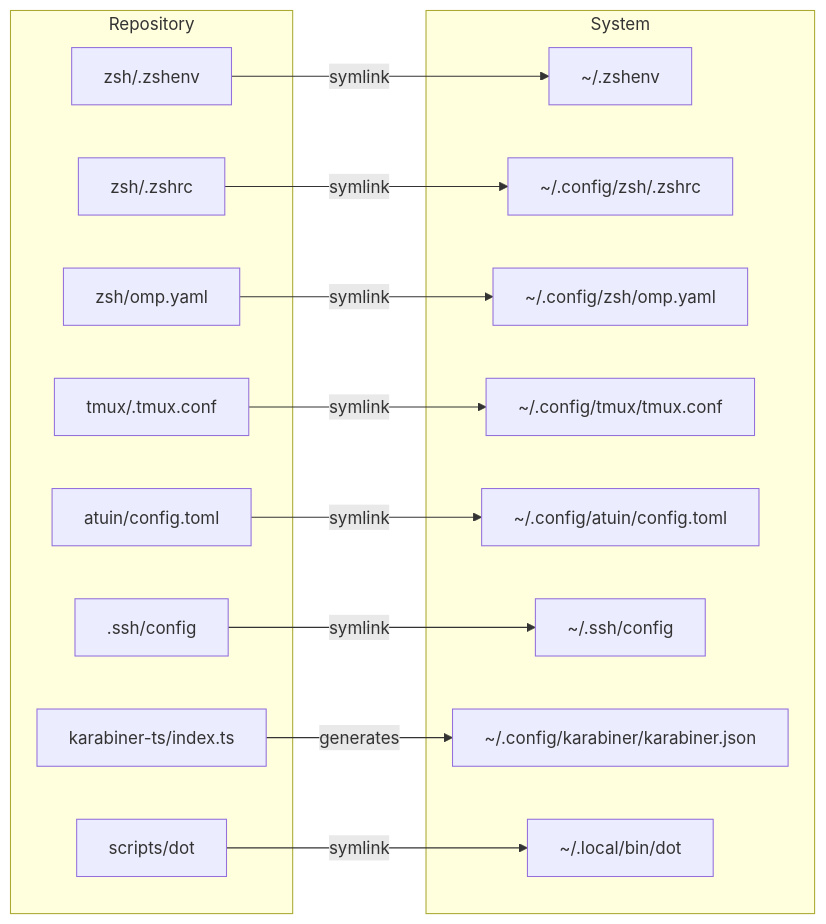
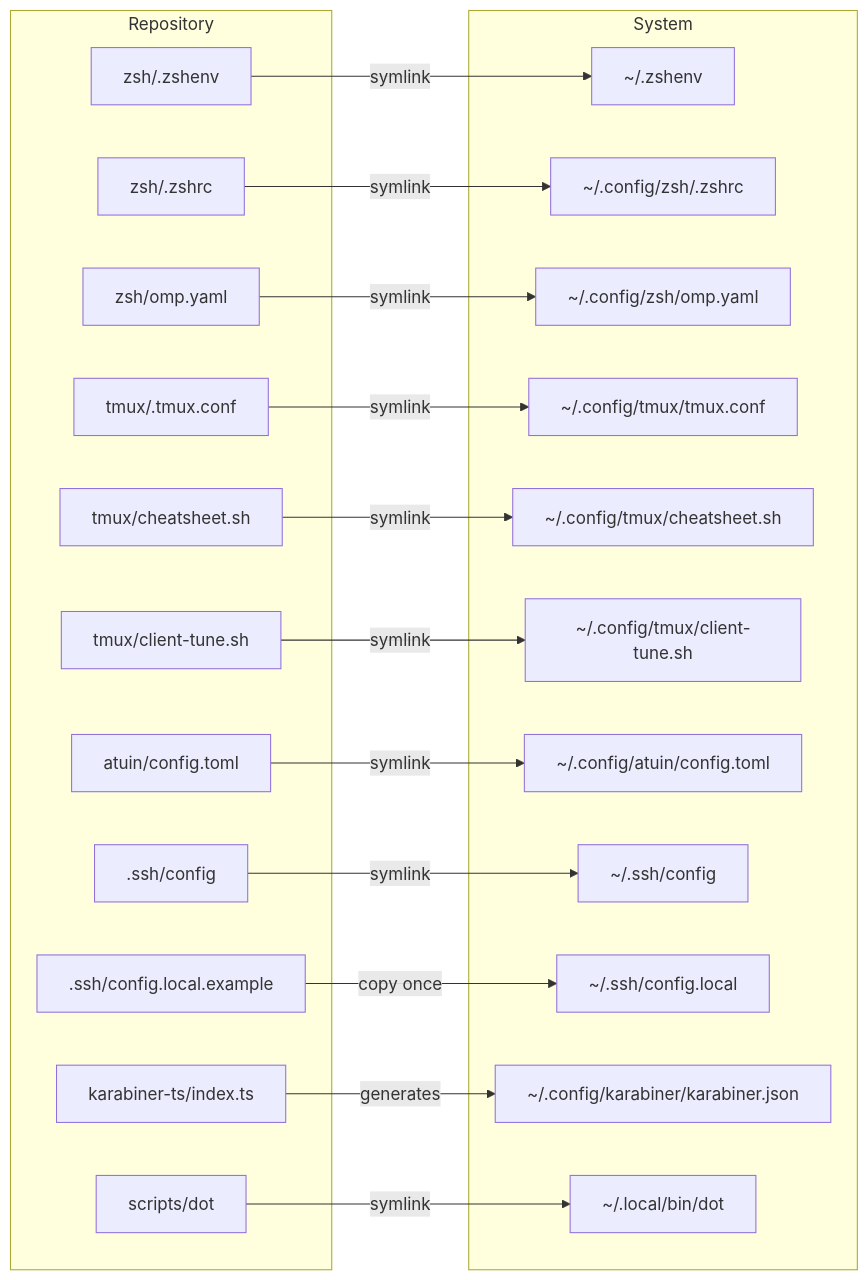
One commit to kaygdotorg/dotfiles changed the first of 2 diagrams in README.md. Above: the diagram before and after it, drawn with Mermaid. The commit also changed other lines of this file, not shown here.

First line of the commit message:
docs(readme): document per-client tuning, iOS/iPadOS, and the new dot behaviour

````diff
--- a/README.md
+++ b/README.md
@@ -98,33 +113,42 @@
 ```mermaid
 graph LR
     subgraph Repository
         A["zsh/.zshenv"]
         B["zsh/.zshrc"]
         C["zsh/omp.yaml"]
         D["tmux/.tmux.conf"]
+        D2["tmux/cheatsheet.sh"]
+        D3["tmux/client-tune.sh"]
         E["atuin/config.toml"]
         F[".ssh/config"]
+        F2[".ssh/config.local.example"]
         G["karabiner-ts/index.ts"]
         H["scripts/dot"]
     end
 
     subgraph System
         A1["~/.zshenv"]
         B1["~/.config/zsh/.zshrc"]
         C1["~/.config/zsh/omp.yaml"]
         D1["~/.config/tmux/tmux.conf"]
+        D21["~/.config/tmux/cheatsheet.sh"]
+        D31["~/.config/tmux/client-tune.sh"]
         E1["~/.config/atuin/config.toml"]
         F1["~/.ssh/config"]
+        F21["~/.ssh/config.local"]
         G1["~/.config/karabiner/karabiner.json"]
         H1["~/.local/bin/dot"]
     end
 
     A -->|symlink| A1
     B -->|symlink| B1
     C -->|symlink| C1
     D -->|symlink| D1
+    D2 -->|symlink| D21
+    D3 -->|symlink| D31
     E -->|symlink| E1
     F -->|symlink| F1
+    F2 -->|copy once| F21
     G -->|generates| G1
     H -->|symlink| H1
 ```
````
